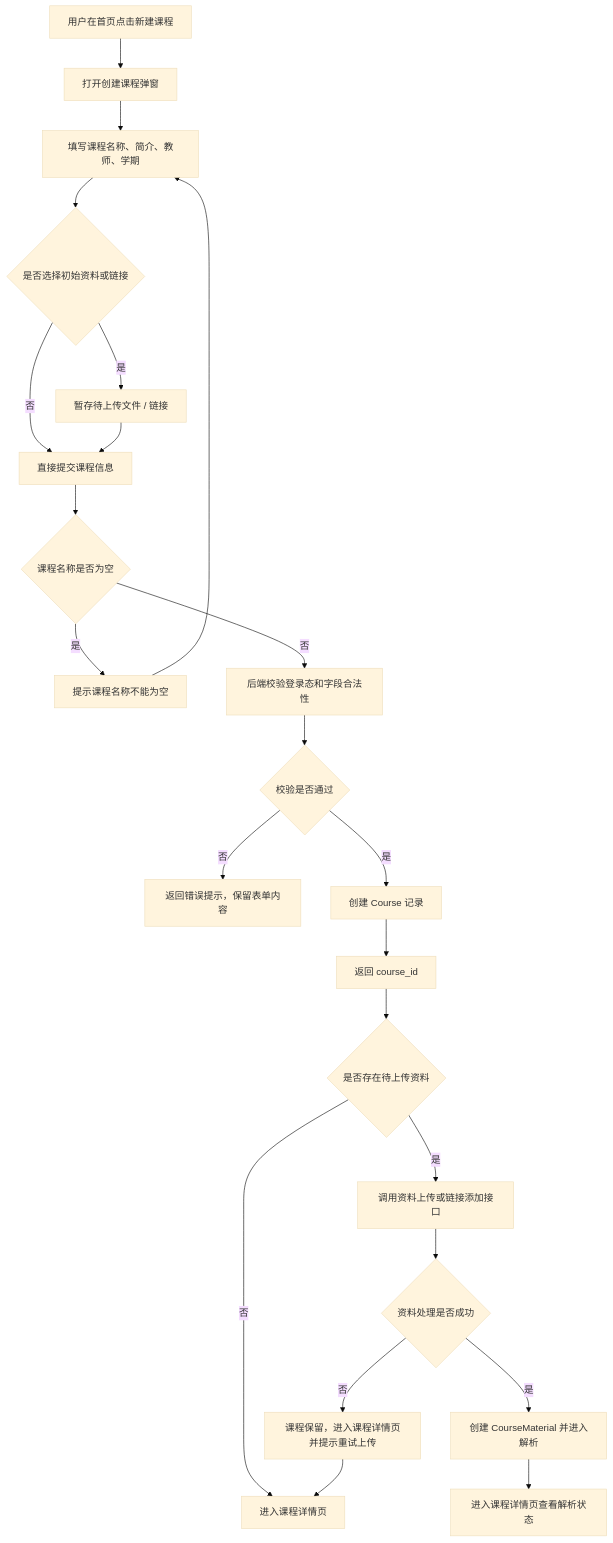
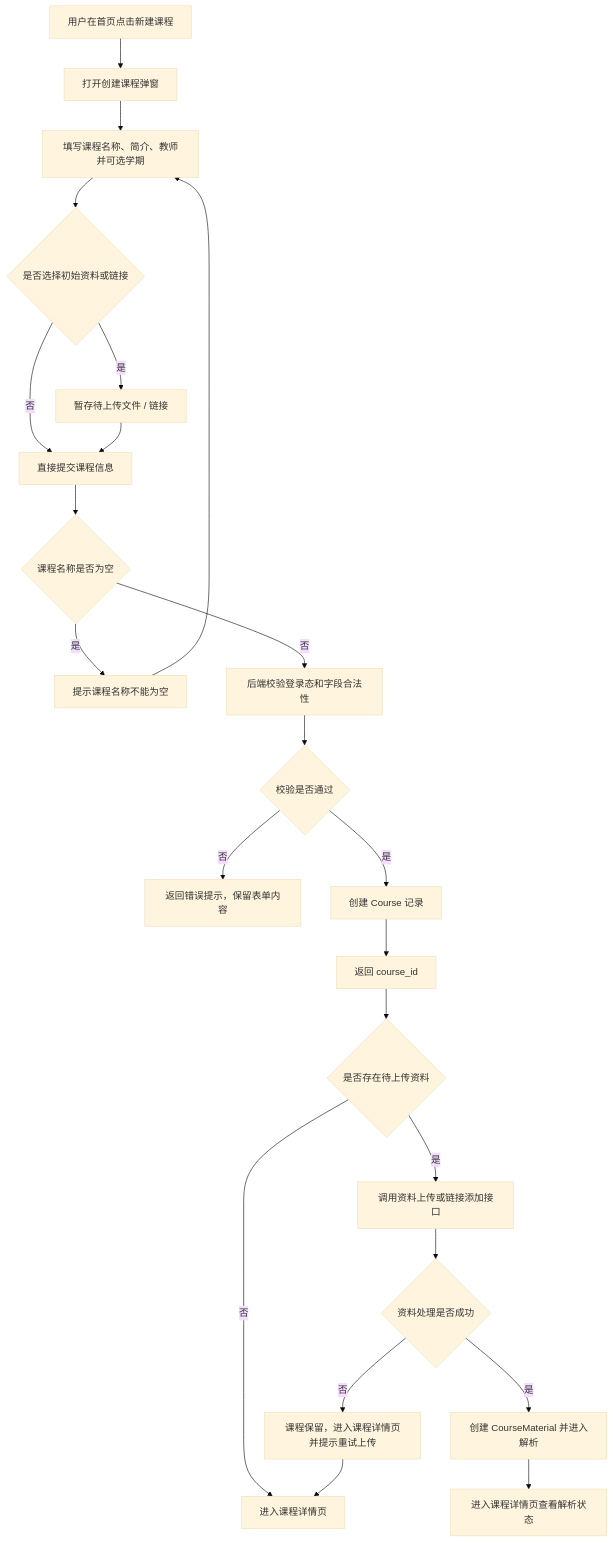
The third of 10 diagrams in docs/product/PRD/02_用户流程_页面跳转_系统流程.md (cyruan815/CourseNexus), drawn with Mermaid (base theme) before and after one commit. The commit also changed other lines of this file and 12 other files, not shown here.

````diff
--- a/docs/product/PRD/02_用户流程_页面跳转_系统流程.md
+++ b/docs/product/PRD/02_用户流程_页面跳转_系统流程.md
@@ -194,25 +194,25 @@
 ```mermaid
 flowchart TD
     A["用户在首页点击新建课程"] --> B["打开创建课程弹窗"]
-    B --> C["填写课程名称、简介、教师、学期"]
+    B --> C["填写课程名称、简介、教师并可选学期"]
     C --> D{"是否选择初始资料或链接"}
     D -- "是" --> E["暂存待上传文件 / 链接"]
     D -- "否" --> F["直接提交课程信息"]
     E --> F
     F --> G{"课程名称是否为空"}
     G -- "是" --> H["提示课程名称不能为空"]
     H --> C
     G -- "否" --> I["后端校验登录态和字段合法性"]
     I --> J{"校验是否通过"}
     J -- "否" --> K["返回错误提示，保留表单内容"]
     J -- "是" --> L["创建 Course 记录"]
     L --> M["返回 course_id"]
     M --> N{"是否存在待上传资料"}
     N -- "否" --> O["进入课程详情页"]
     N -- "是" --> P["调用资料上传或链接添加接口"]
     P --> Q{"资料处理是否成功"}
     Q -- "是" --> R["创建 CourseMaterial 并进入解析"]
     Q -- "否" --> S["课程保留，进入课程详情页并提示重试上传"]
     R --> T["进入课程详情页查看解析状态"]
     S --> O
 ```
````
